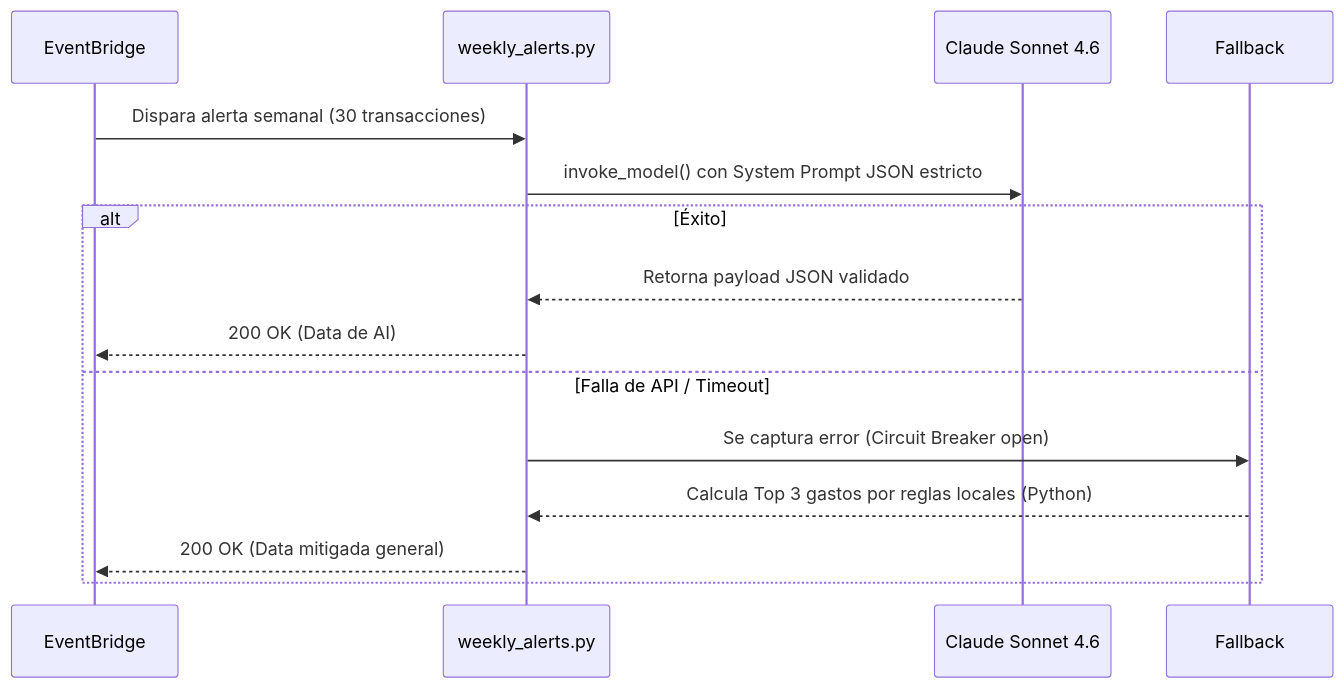
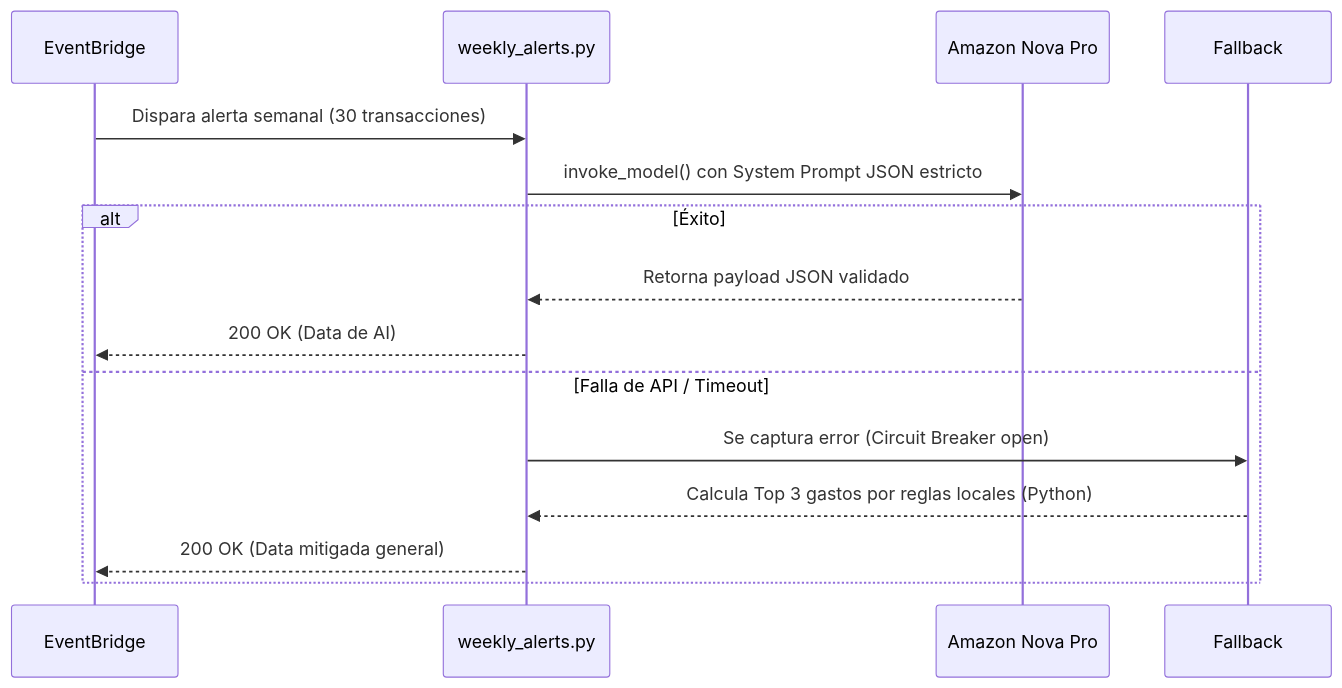
Before and after one commit to UrieelM/Incomia_MAIKU: the first of 2 diagrams in AI/AI.md, drawn with Mermaid. The commit also changed other lines of this file and 3 other files, not shown here.

Commit message:
Changed to Nova Pro model

````diff
--- a/AI/AI.md
+++ b/AI/AI.md
@@ -39,19 +39,19 @@
 ```mermaid
 sequenceDiagram
     participant EventBridge
     participant Lambda as weekly_alerts.py
-    participant Bedrock as Claude Sonnet 4.6
+    participant Bedrock as Amazon Nova Pro
     participant Fallback
     
     EventBridge->>Lambda: Dispara alerta semanal (30 transacciones)
     Lambda->>Bedrock: invoke_model() con System Prompt JSON estricto
     
     alt Éxito
         Bedrock-->>Lambda: Retorna payload JSON validado
         Lambda-->>EventBridge: 200 OK (Data de AI)
     else Falla de API / Timeout
         Lambda->>Fallback: Se captura error (Circuit Breaker open)
         Fallback-->>Lambda: Calcula Top 3 gastos por reglas locales (Python)
         Lambda-->>EventBridge: 200 OK (Data mitigada general)
     end
 ```
````
